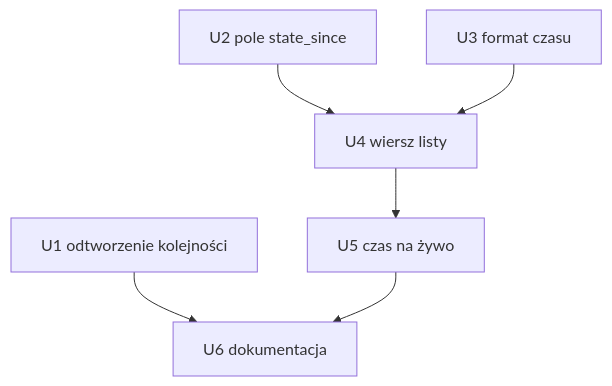
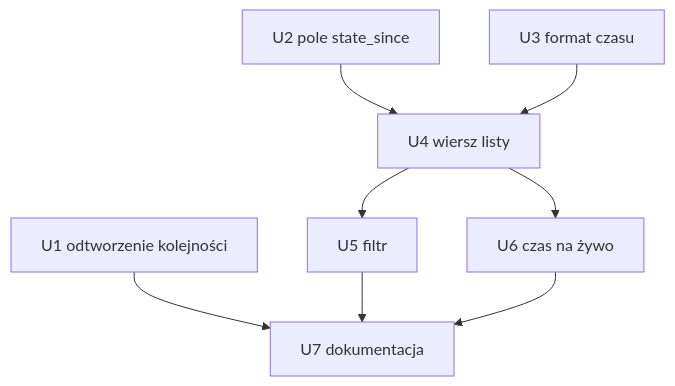
Before and after one commit to glakartur/narsor: the diagram in docs/plans/2026-10-27-001-feat-tui-lista-zadan-ticket-tytul-status-plan.md, drawn with Mermaid. The commit also changed other lines of this file and 1 other file, not shown here.

````diff
--- a/docs/plans/2026-10-27-001-feat-tui-lista-zadan-ticket-tytul-status-plan.md
+++ b/docs/plans/2026-10-27-001-feat-tui-lista-zadan-ticket-tytul-status-plan.md
@@ -216,8 +232,10 @@
 ```mermaid
 flowchart TB
-  U1[U1 odtworzenie kolejności] --> U6
+  U1[U1 odtworzenie kolejności] --> U7
   U2[U2 pole state_since] --> U4
   U3[U3 format czasu] --> U4
-  U4[U4 wiersz listy] --> U5[U5 czas na żywo]
-  U5 --> U6[U6 dokumentacja]
+  U4[U4 wiersz listy] --> U5[U5 filtr]
+  U4 --> U6[U6 czas na żywo]
+  U5 --> U7[U7 dokumentacja]
+  U6 --> U7
 ```
````
